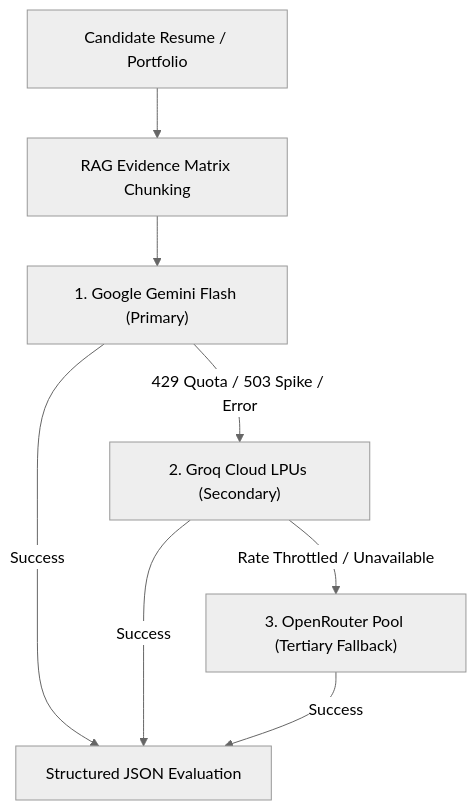
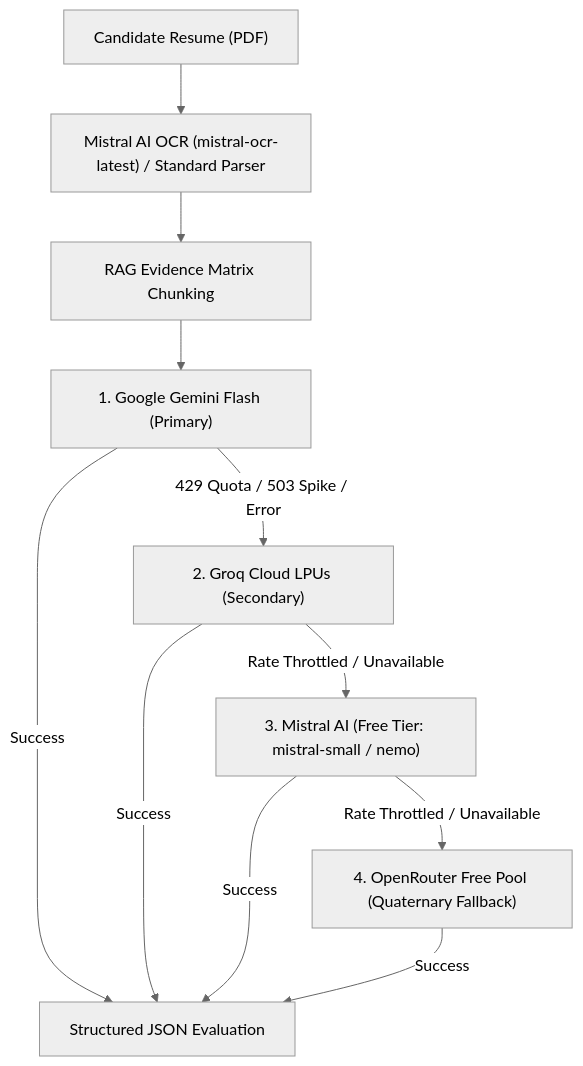
The diagram in docs/03-ai-models-and-keys.md (Ahmed3atef/Kayatix), drawn with Mermaid (neutral theme) before and after one commit. The commit also changed other lines of this file and 29 other files, not shown here.

````diff
--- a/docs/03-ai-models-and-keys.md
+++ b/docs/03-ai-models-and-keys.md
@@ -11,10 +11,13 @@
 ```mermaid
 flowchart TD
-    CV["Candidate Resume / Portfolio"] --> RAG["RAG Evidence Matrix Chunking"]
+    CV["Candidate Resume (PDF)"] --> OCR["Mistral AI OCR (mistral-ocr-latest) / Standard Parser"]
+    OCR --> RAG["RAG Evidence Matrix Chunking"]
     RAG --> P1["1. Google Gemini Flash (Primary)"]
     P1 -- "Success" --> Result["Structured JSON Evaluation"]
     P1 -- "429 Quota / 503 Spike / Error" --> P2["2. Groq Cloud LPUs (Secondary)"]
     P2 -- "Success" --> Result
-    P2 -- "Rate Throttled / Unavailable" --> P3["3. OpenRouter Pool (Tertiary Fallback)"]
+    P2 -- "Rate Throttled / Unavailable" --> P3["3. Mistral AI (Free Tier: mistral-small / nemo)"]
     P3 -- "Success" --> Result
+    P3 -- "Rate Throttled / Unavailable" --> P4["4. OpenRouter Free Pool (Quaternary Fallback)"]
+    P4 -- "Success" --> Result
 ```
````
